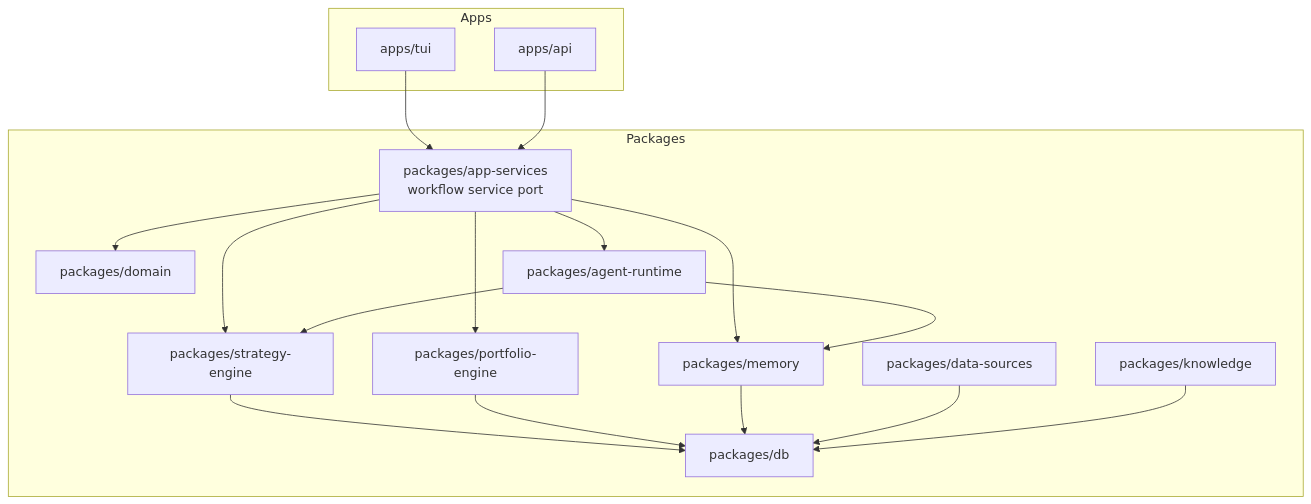
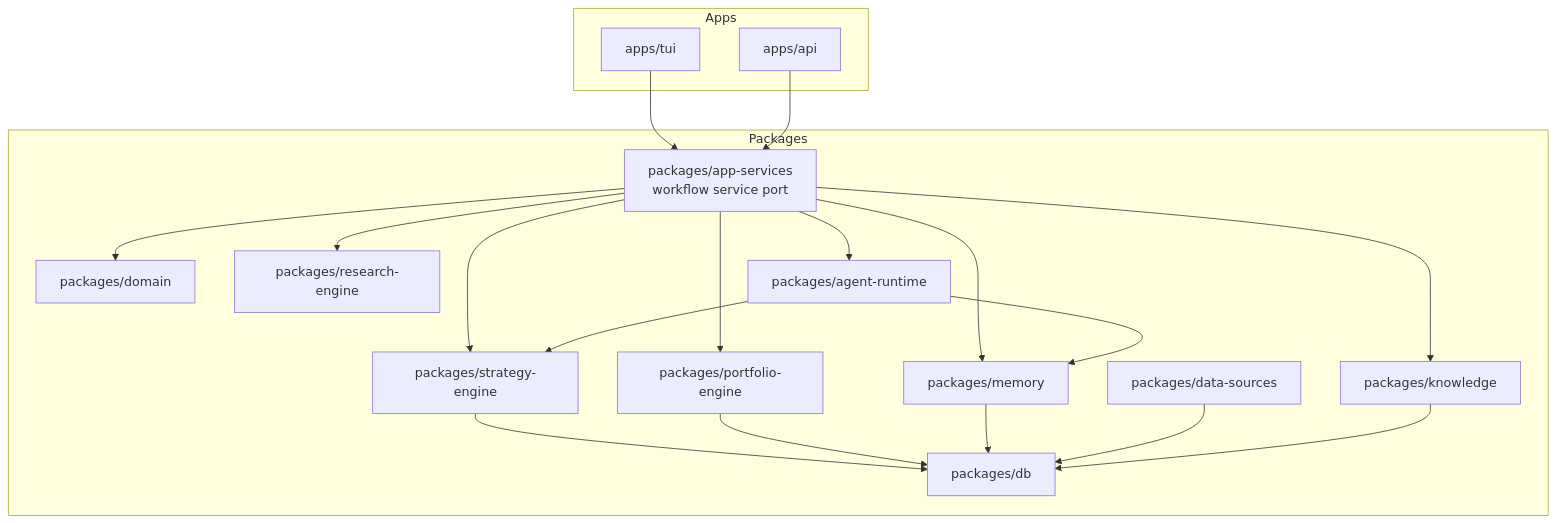
Before and after one commit to decocereus/tradeai: the third of 5 diagrams in docs/architecture.md, drawn with Mermaid. The commit also changed other lines of this file and 4 other files, not shown here.

Commit message:
docs: refresh tradeai architecture status

````diff
--- a/docs/architecture.md
+++ b/docs/architecture.md
@@ -62,34 +65,37 @@
 ```mermaid
 flowchart TB
     subgraph Apps
         TUI["apps/tui"]
         API["apps/api"]
     end
 
     subgraph Packages
         DOMAIN["packages/domain"]
         DB["packages/db"]
         SOURCES["packages/data-sources"]
         KNOW["packages/knowledge"]
+        RESEARCH["packages/research-engine"]
         STRAT["packages/strategy-engine"]
         PORT["packages/portfolio-engine"]
         MEM["packages/memory"]
         AGENT["packages/agent-runtime"]
         APPSVC["packages/app-services<br/>workflow service port"]
     end
 
     TUI --> APPSVC
     API --> APPSVC
     APPSVC --> STRAT
     APPSVC --> PORT
+    APPSVC --> RESEARCH
     APPSVC --> MEM
+    APPSVC --> KNOW
     APPSVC --> AGENT
     STRAT --> DB
     PORT --> DB
     MEM --> DB
     AGENT --> MEM
     AGENT --> STRAT
     SOURCES --> DB
     KNOW --> DB
     APPSVC --> DOMAIN
 ```
````
